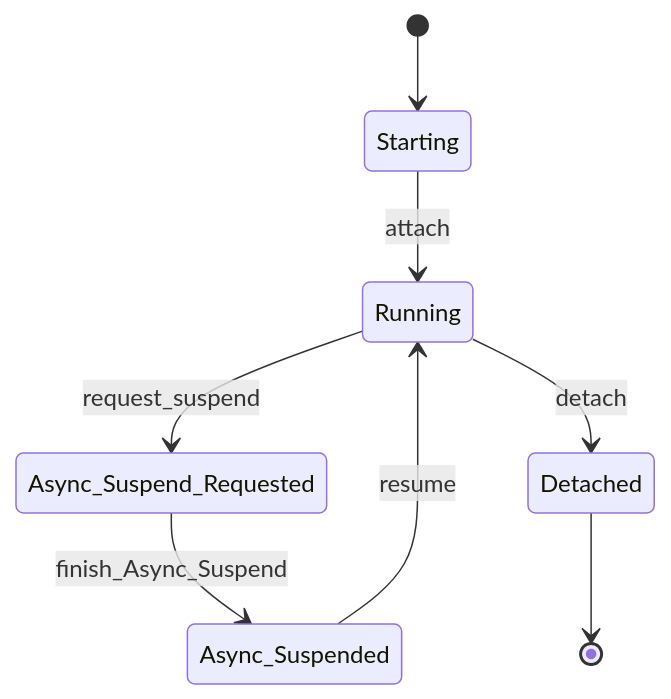
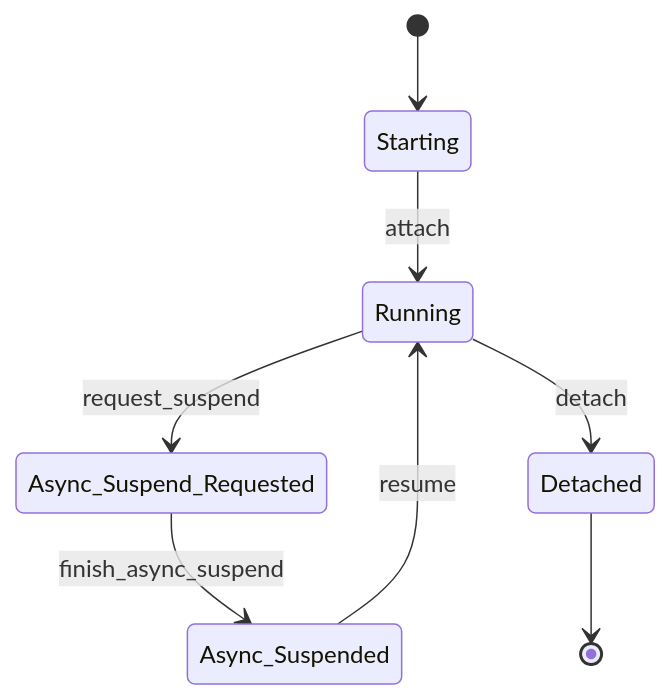
The second of 10 diagrams in docs/design/mono/mono-thread-state-machine.md (dotnet/runtime), drawn with Mermaid before and after one commit. The commit also changed other lines of this file, not shown here.

Commit message:
Add some sequence diagrams

````diff
--- a/docs/design/mono/mono-thread-state-machine.md
+++ b/docs/design/mono/mono-thread-state-machine.md
@@ -88,16 +88,16 @@
 ```mermaid
 stateDiagram-v2
 direction TB
     [*] --> Starting
 
     Starting --> Running : attach
     
     Running --> Async_Suspend_Requested : request_suspend
 
-    Async_Suspend_Requested --> Async_Suspended : finish_Async_Suspend
+    Async_Suspend_Requested --> Async_Suspended : finish_async_suspend
 
     Async_Suspended --> Running : resume
     Running --> Detached : detach
 
     Detached --> [*]
 ```
````
